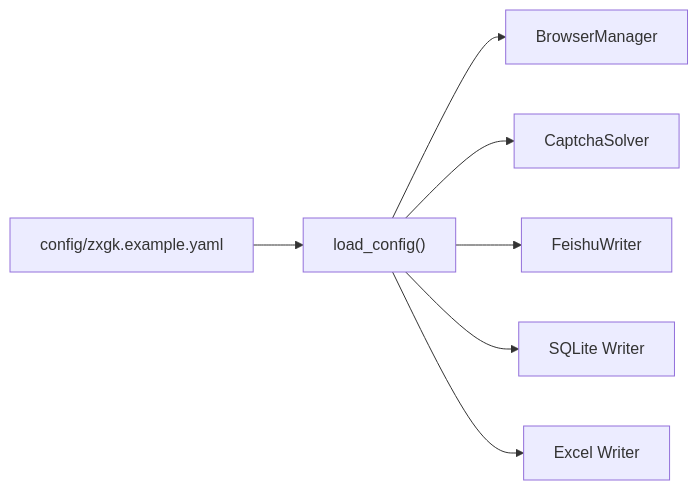
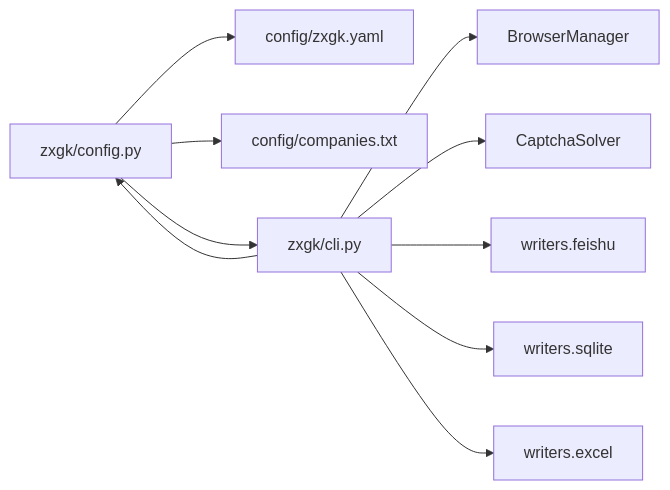
One commit to supotato-ipj/zxgk_auto_query-skill changed the third of 3 diagrams in .qoder/repowiki/en/content/Configuration Management.md. Above: the diagram before and after it, drawn with Mermaid. The commit also changed other lines of this file and 24 other files, not shown here.

````diff
--- a/.qoder/repowiki/en/content/Configuration Management.md
+++ b/.qoder/repowiki/en/content/Configuration Management.md
@@ -255,9 +305,21 @@
 ```mermaid
 graph LR
-YAML["config/zxgk.example.yaml"] --> Loader["load_config()"]
-Loader --> BM["BrowserManager"]
-Loader --> CS["CaptchaSolver"]
-Loader --> FW["FeishuWriter"]
-Loader --> SW["SQLite Writer"]
-Loader --> EW["Excel Writer"]
+ConfigModule["zxgk/config.py"]
+YAMLFile["config/zxgk.yaml"]
+CompanyFile["config/companies.txt"]
+CLI["zxgk/cli.py"]
+Browser["BrowserManager"]
+Captcha["CaptchaSolver"]
+Feishu["writers.feishu"]
+SQLite["writers.sqlite"]
+Excel["writers.excel"]
+ConfigModule --> YAMLFile
+ConfigModule --> CompanyFile
+CLI --> ConfigModule
+ConfigModule --> CLI
+CLI --> Browser
+CLI --> Captcha
+CLI --> Feishu
+CLI --> SQLite
+CLI --> Excel
 ```
````
